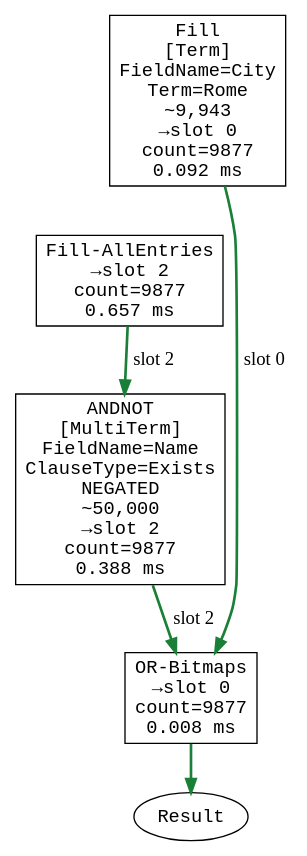
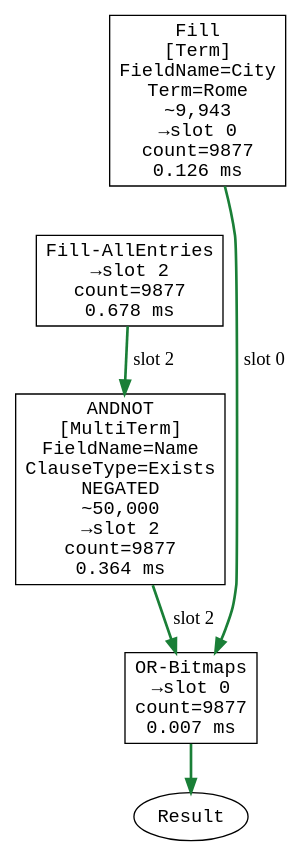
The sixth of 44 diagrams in corax-query-catalog.md (ayende/ravendb), drawn with Graphviz before and after one commit. The commit also changed other lines of this file and 1 other file, not shown here.

First line of the commit message:
RavenDB-25281 Regenerate query catalog for producer-node rendering

````diff
--- a/corax-query-catalog.md
+++ b/corax-query-catalog.md
@@ -509,16 +509,16 @@
 ```dot
 digraph QueryPlan {
   rankdir=TB;
-  node [shape=box, fontname="monospace"];
-  op0 [label="Fill\n[Term]\nFieldName=City\nTerm=Rome\n~9,943\n→slot 0\ncount=9877\n0.092 ms", data_destslot="0", data_dispatch="Term", data_fieldname="City", data_term="Rome", data_estimatedrows="9,943", data_count="9877", data_ms="0.092"];
-  op1 [label="Fill-AllEntries\n→slot 2\ncount=9877\n0.657 ms", data_destslot="2", data_count="9877", data_ms="0.657"];
-  op2 [label="ANDNOT\n[MultiTerm]\nFieldName=Name\nClauseType=Exists\nNEGATED\n~50,000\n→slot 2\ncount=9877\n0.388 ms", data_destslot="2", data_dispatch="MultiTerm", data_fieldname="Name", data_clausetype="Exists", data_negated="true", data_estimatedrows="50,000", data_count="9877", data_ms="0.388"];
-  op3 [label="OR-Bitmaps\n→slot 0\ncount=9877\n0.008 ms", data_destslot="0", data_sourceslot="2", data_count="9877", data_ms="0.008"];
-  result [shape=ellipse, label="Result"];
-  op1 -> op2 [style=bold, color="#1a7f37", label="slot 2"];
-  op0 -> op3 [style=bold, color="#1a7f37", label="slot 0"];
-  op2 -> op3 [style=bold, color="#1a7f37", label="slot 2"];
-  op3 -> result [style=bold, color="#1a7f37"];
-  op0 -> op1 [style=invis];
+  node [shape="box", fontname="monospace"];
+  op0 [label="Fill\n[Term]\nFieldName=City\nTerm=Rome\n~9,943\n→slot 0\ncount=9877\n0.126 ms", data_operation="Fill", data_destslot="0", data_dispatch="Term", data_fieldname="City", data_term="Rome", data_estimatedrows="9,943", data_count="9877", data_ms="0.126", data_taken="True"];
+  op1 [label="Fill-AllEntries\n→slot 2\ncount=9877\n0.678 ms", data_operation="Fill-AllEntries", data_destslot="2", data_count="9877", data_ms="0.678", data_taken="True"];
+  op2 [label="ANDNOT\n[MultiTerm]\nFieldName=Name\nClauseType=Exists\nNEGATED\n~50,000\n→slot 2\ncount=9877\n0.364 ms", data_operation="ANDNOT", data_destslot="2", data_dispatch="MultiTerm", data_fieldname="Name", data_clausetype="Exists", data_negated="true", data_estimatedrows="50,000", data_count="9877", data_ms="0.364", data_taken="True"];
+  op3 [label="OR-Bitmaps\n→slot 0\ncount=9877\n0.007 ms", data_operation="OR-Bitmaps", data_destslot="0", data_sourceslot="2", data_count="9877", data_ms="0.007", data_taken="True"];
+  result [shape="ellipse", label="Result", data_operation="Result"];
+  op1 -> op2 [style="bold", color="#1a7f37", label="slot 2", data_kind="dataflow", data_slot="2", data_flow="on"];
+  op0 -> op3 [style="bold", color="#1a7f37", label="slot 0", data_kind="dataflow", data_slot="0", data_flow="on"];
+  op2 -> op3 [style="bold", color="#1a7f37", label="slot 2", data_kind="dataflow", data_slot="2", data_flow="on"];
+  op3 -> result [style="bold", color="#1a7f37", data_kind="result", data_variant="bitmap-final", data_flow="on"];
+  op0 -> op1 [style="invis", data_kind="sequence", data_flow="invis"];
 }
 ```
````
